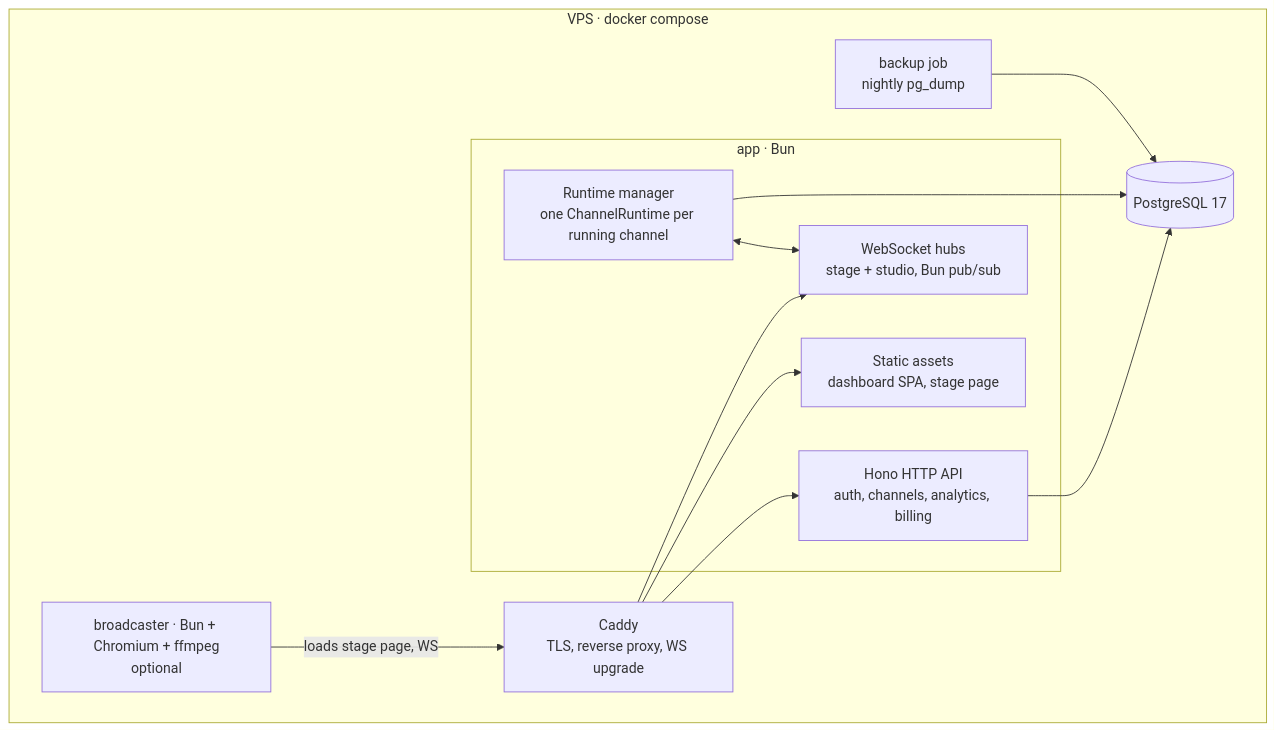
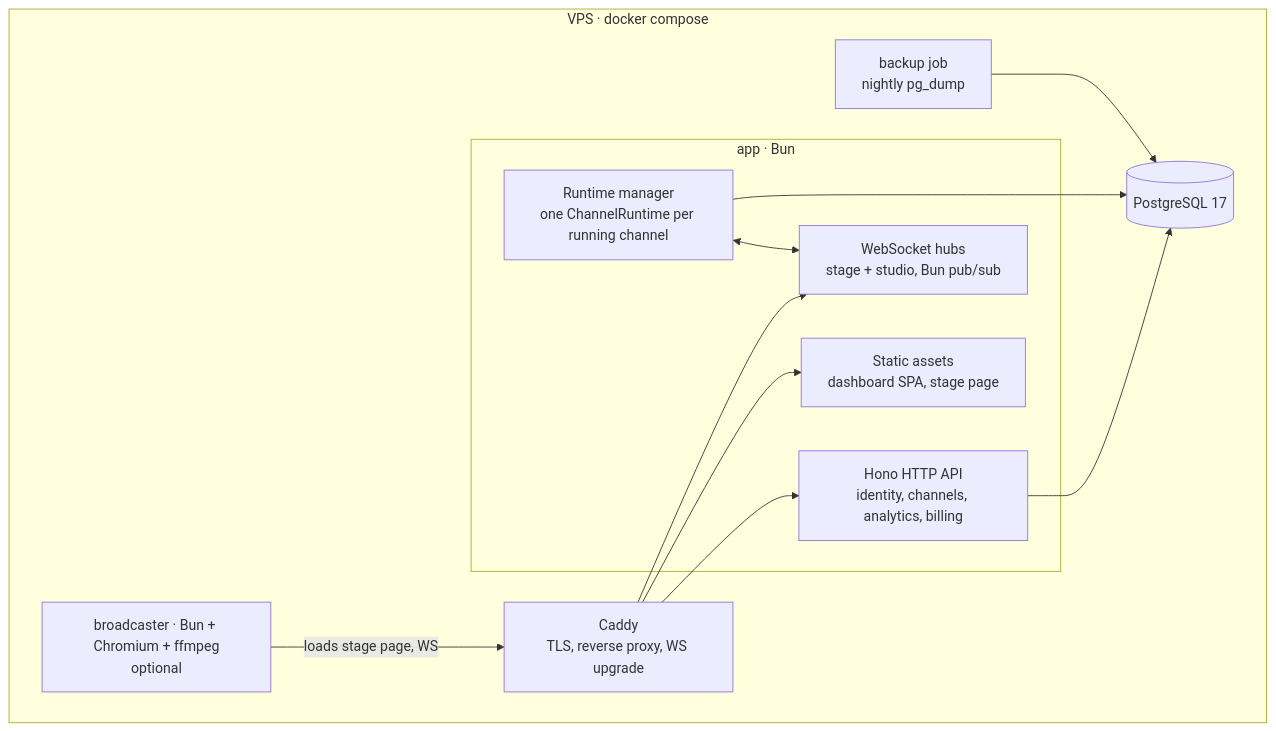
The second of 6 diagrams in docs/architecture/overview.md (mariajunqueiramirandas-cpu/tik-live), drawn with Mermaid before and after one commit. The commit also changed other lines of this file and 11 other files, not shown here.

````diff
--- a/docs/architecture/overview.md
+++ b/docs/architecture/overview.md
@@ -94,21 +98,21 @@
 ```mermaid
 flowchart TB
   subgraph vps[VPS · docker compose]
     caddy[Caddy<br/>TLS, reverse proxy, WS upgrade]
     subgraph app[app · Bun]
-      hono[Hono HTTP API<br/>auth, channels, analytics, billing]
+      hono[Hono HTTP API<br/>identity, channels, analytics, billing]
       ws[WebSocket hubs<br/>stage + studio, Bun pub/sub]
       rm[Runtime manager<br/>one ChannelRuntime per running channel]
       static[Static assets<br/>dashboard SPA, stage page]
     end
     bc[broadcaster · Bun + Chromium + ffmpeg<br/>optional]
     db[(PostgreSQL 17)]
     backup[backup job<br/>nightly pg_dump]
   end
   caddy --> hono & ws & static
   hono --> db
   rm --> db
   rm <--> ws
   bc -- loads stage page, WS --> caddy
   backup --> db
 ```
````
